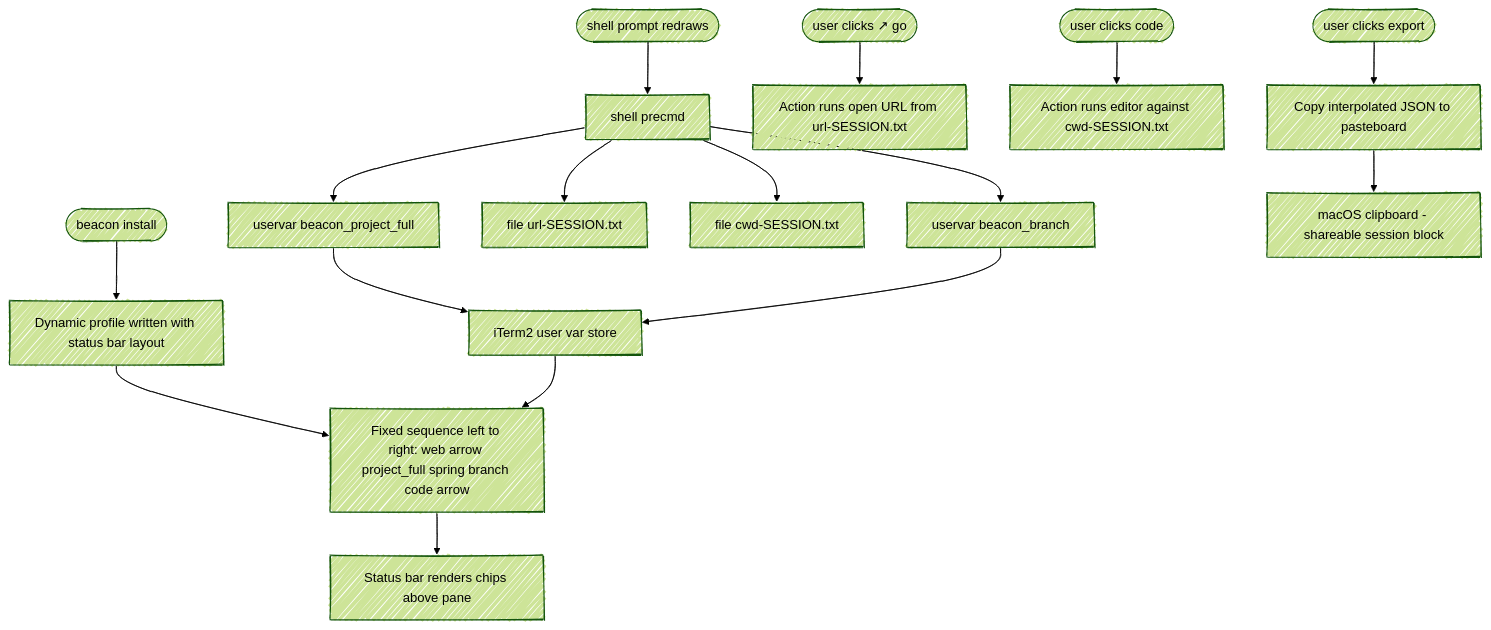
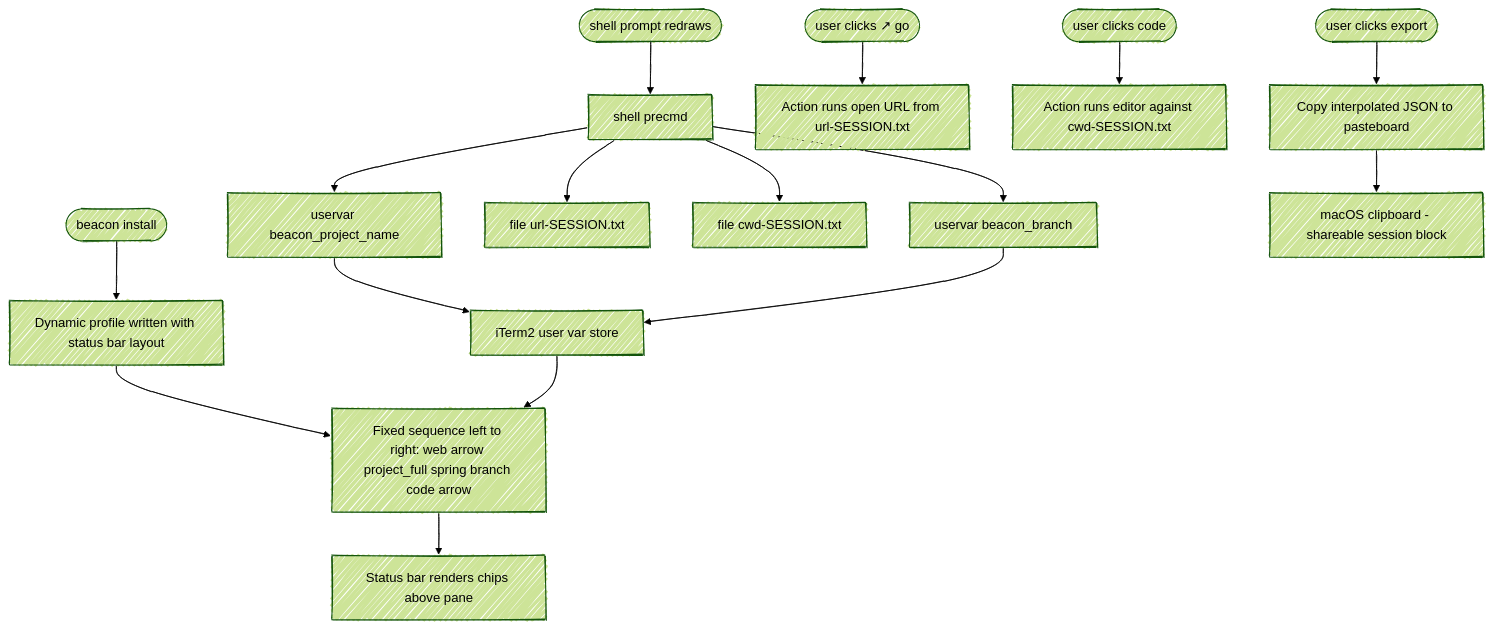
One commit to chris-peterson/beacon changed the second of 2 diagrams in SPEC.md. Above: the diagram before and after it, drawn with Mermaid (forest theme). The commit also changed other lines of this file and 10 other files, not shown here.

````diff
--- a/SPEC.md
+++ b/SPEC.md
@@ -518,24 +518,24 @@
 ```mermaid
 %%{ init: { 'look': 'handDrawn' } }%%
 flowchart TB
     PROMPT([shell prompt redraws])
     PROMPT --> PRECMD[shell precmd]
-    PRECMD --> S1[uservar beacon_project_full]
+    PRECMD --> S1[uservar beacon_project_name]
     PRECMD --> S2[uservar beacon_branch]
     PRECMD --> SF1[file url-SESSION.txt]
     PRECMD --> SF2[file cwd-SESSION.txt]
     INSTALL([beacon install])
     INSTALL --> PROFILE[Dynamic profile written with status bar layout]
     PROFILE --> CHIPS[Fixed sequence left to right: web arrow project_full spring branch code arrow]
     S1 --> STORE[iTerm2 user var store]
     S2 --> STORE
     STORE --> CHIPS
     CHIPS --> RENDER2[Status bar renders chips above pane]
     CLICK_GO([user clicks ↗ go])
     CLICK_GO --> A_GO[Action runs open URL from url-SESSION.txt]
     CLICK_CODE([user clicks code])
     CLICK_CODE --> A_CODE[Action runs editor against cwd-SESSION.txt]
     CLICK_EXPORT([user clicks export])
     CLICK_EXPORT --> A_EXPORT[Copy interpolated JSON to pasteboard]
     A_EXPORT --> CLIP[macOS clipboard - shareable session block]
 ```
````
